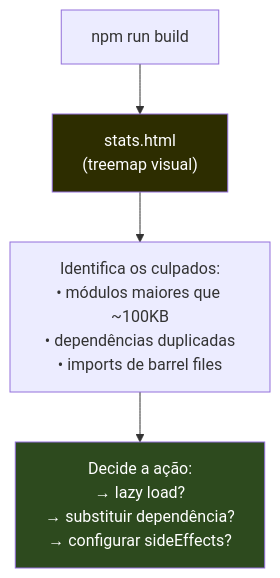
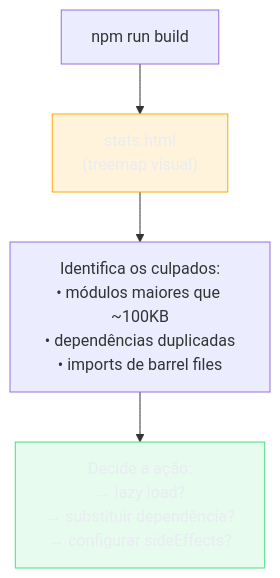
One commit to josenaldo/codex-technomanticus changed the first of 8 diagrams in 03-Dominios/Tecnologia/Tooling e Build/17 - Otimização de bundle.md. Above: the diagram before and after it, drawn with Mermaid. The commit also changed other lines of this file and 1181 other files, not shown here.

First line of the commit message:
fix(diagramas): paleta do sistema no lugar de cor cravada no markdown

````diff
--- a/03-Dominios/Tecnologia/Tooling e Build/17 - Otimização de bundle.md
+++ b/03-Dominios/Tecnologia/Tooling e Build/17 - Otimização de bundle.md
@@ -72,12 +72,14 @@
 ```mermaid
 graph TD
+    classDef destaque fill:#FFAA0024,stroke:#FFAA00,color:#E9ECF2
+    classDef ok fill:#4ADE8021,stroke:#4ADE80,color:#E9ECF2
     BUILD["npm run build"]
     REPORT["stats.html\n(treemap visual)"]
     IDENTIFY["Identifica os culpados:\n• módulos maiores que ~100KB\n• dependências duplicadas\n• imports de barrel files"]
     ACTION["Decide a ação:\n→ lazy load?\n→ substituir dependência?\n→ configurar sideEffects?"]
 
     BUILD --> REPORT --> IDENTIFY --> ACTION
 
-    style REPORT fill:#2d2d00,color:#fff
-    style ACTION fill:#2d4a1e,color:#fff
+    class REPORT destaque
+    class ACTION ok
 ```
````
